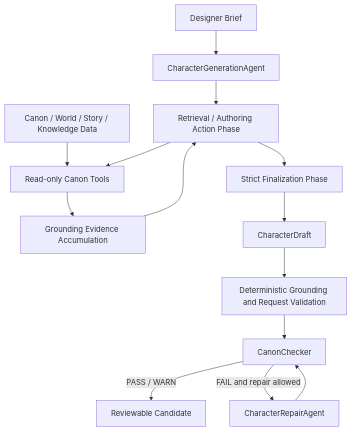
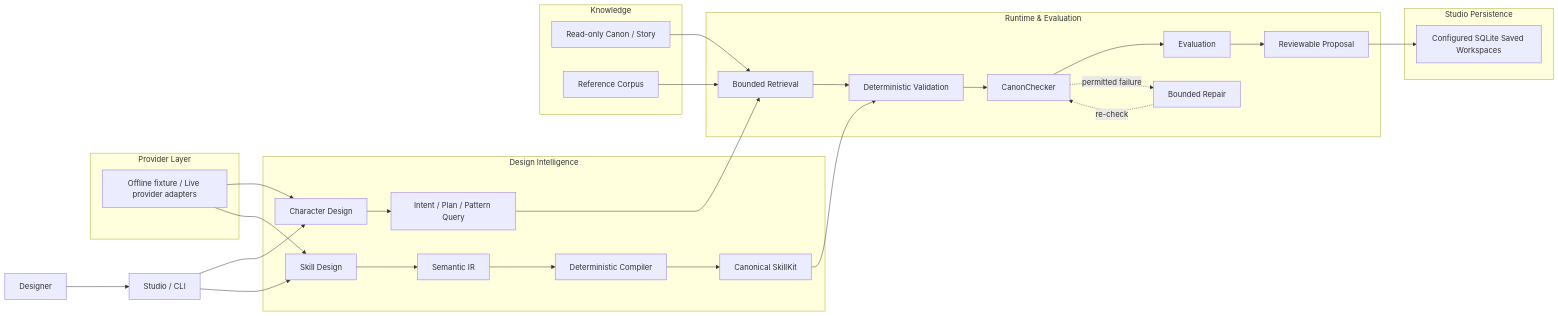
Before and after one commit to glt258/game-ai-agent: the diagram in README.md, drawn with Mermaid. The commit also changed other lines of this file and 1 other file, not shown here.

````diff
--- a/README.md
+++ b/README.md
@@ -100,16 +134,31 @@
 ```mermaid
-flowchart TD
-    brief[Designer Brief] --> agent[CharacterGenerationAgent]
-    canon[Canon / World / Story / Knowledge Data] --> tools[Read-only Canon Tools]
-    agent --> retrieval[Retrieval / Authoring Action Phase]
-    retrieval --> tools
-    tools --> evidence[Grounding Evidence Accumulation]
-    evidence --> retrieval
-    retrieval --> finalize[Strict Finalization Phase]
-    finalize --> draft[CharacterDraft]
-    draft --> validate[Deterministic Grounding and Request Validation]
-    validate --> checker[CanonChecker]
-    checker -->|PASS / WARN| review[Reviewable Candidate]
-    checker -->|FAIL and repair allowed| repair[CharacterRepairAgent]
-    repair --> checker
+flowchart LR
+    designer[Designer] --> ui[Studio / CLI]
+    subgraph intelligence[Design Intelligence]
+        character[Character Design] --> intent[Intent / Plan / Pattern Query]
+        skill[Skill Design] --> ir[Semantic IR] --> compiler[Deterministic Compiler] --> kit[Canonical SkillKit]
+    end
+    subgraph knowledge[Knowledge]
+        canon[Read-only Canon / Story]
+        corpus[Reference Corpus]
+    end
+    subgraph runtime[Runtime & Evaluation]
+        retrieval[Bounded Retrieval] --> validation[Deterministic Validation] --> checker[CanonChecker] --> evaluator[Evaluation] --> review[Reviewable Proposal]
+        checker -. permitted failure .-> repair[Bounded Repair] -. re-check .-> checker
+    end
+    subgraph provider[Provider Layer]
+        adapters[Offline fixture / Live provider adapters]
+    end
+    subgraph persistence[Studio Persistence]
+        sqlite[Configured SQLite Saved Workspaces]
+    end
+    ui --> character
+    ui --> skill
+    intent --> retrieval
+    canon --> retrieval
+    corpus --> retrieval
+    kit --> validation
+    adapters --> character
+    adapters --> skill
+    review --> sqlite
 ```
````
